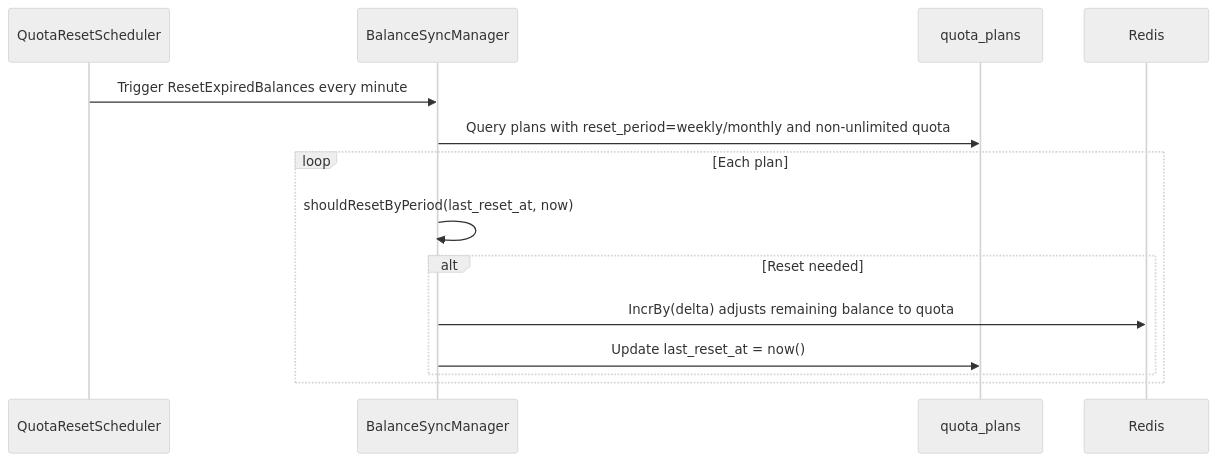
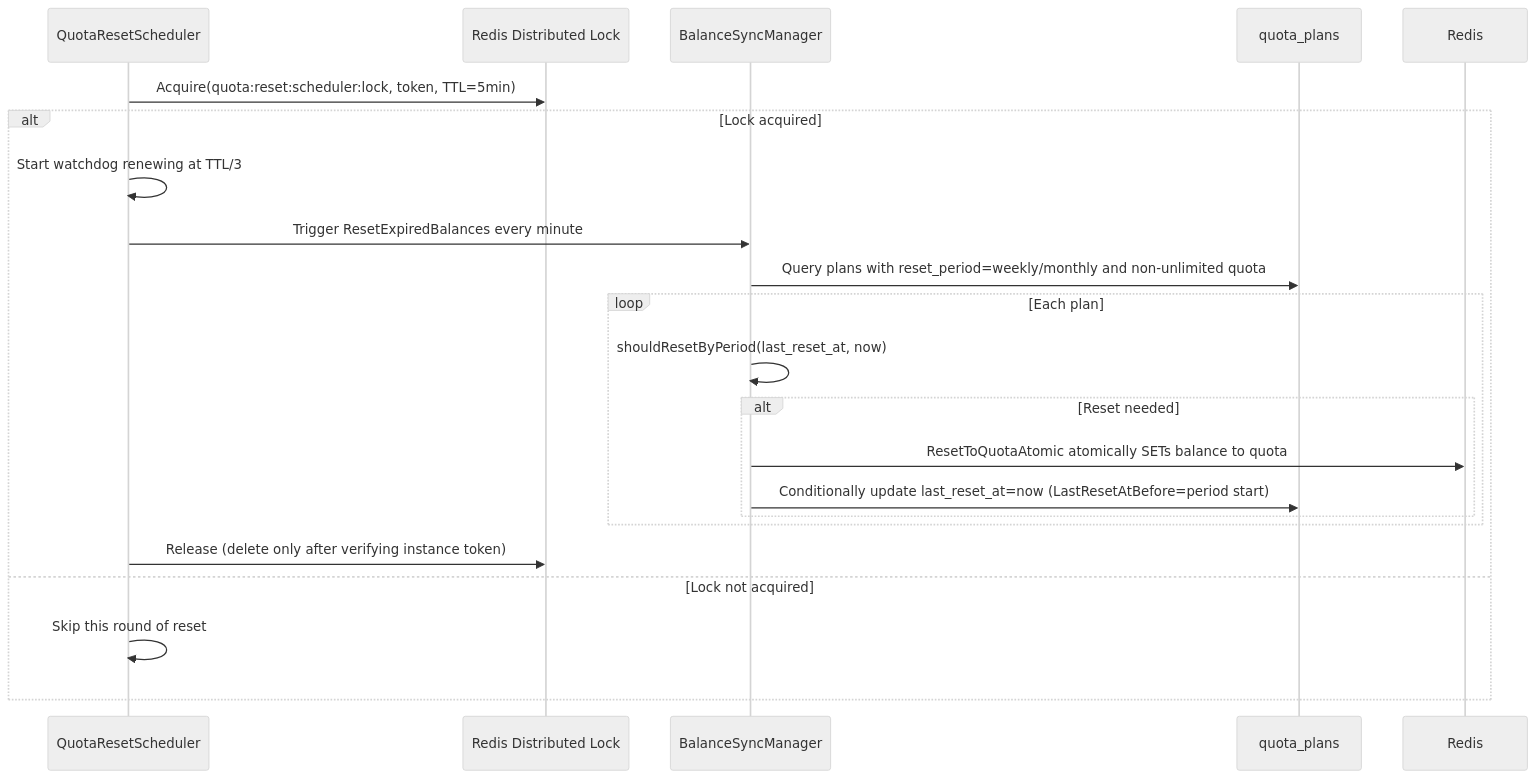
The second of 4 diagrams in en_us/design/chapter12-quota-and-rate-limit.md (mileszhang2016/rainway-book), drawn with Mermaid (neutral theme) before and after one commit. The commit also changed other lines of this file and 47 other files, not shown here.

````diff
--- a/en_us/design/chapter12-quota-and-rate-limit.md
+++ b/en_us/design/chapter12-quota-and-rate-limit.md
@@ -159,17 +174,25 @@
 ```mermaid
 sequenceDiagram
     participant S as QuotaResetScheduler
+    participant L as Redis Distributed Lock
     participant M as BalanceSyncManager
     participant DB as quota_plans
     participant R as Redis
 
-    S->>M: Trigger ResetExpiredBalances every minute
-    M->>DB: Query plans with reset_period=weekly/monthly and non-unlimited quota
-    loop Each plan
-        M->>M: shouldResetByPeriod(last_reset_at, now)
-        alt Reset needed
-            M->>R: IncrBy(delta) adjusts remaining balance to quota
-            M->>DB: Update last_reset_at = now()
+    S->>L: Acquire(quota:reset:scheduler:lock, token, TTL=5min)
+    alt Lock acquired
+        S->>S: Start watchdog renewing at TTL/3
+        S->>M: Trigger ResetExpiredBalances every minute
+        M->>DB: Query plans with reset_period=weekly/monthly and non-unlimited quota
+        loop Each plan
+            M->>M: shouldResetByPeriod(last_reset_at, now)
+            alt Reset needed
+                M->>R: ResetToQuotaAtomic atomically SETs balance to quota
+                M->>DB: Conditionally update last_reset_at=now (LastResetAtBefore=period start)
+            end
         end
+        S->>L: Release (delete only after verifying instance token)
+    else Lock not acquired
+        S->>S: Skip this round of reset
     end
 ```
````
